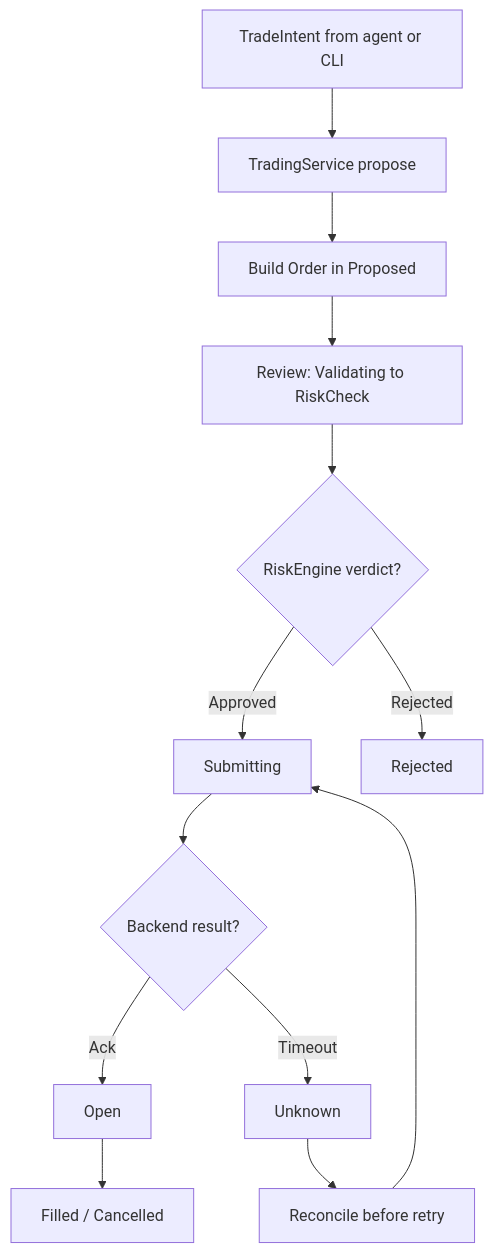
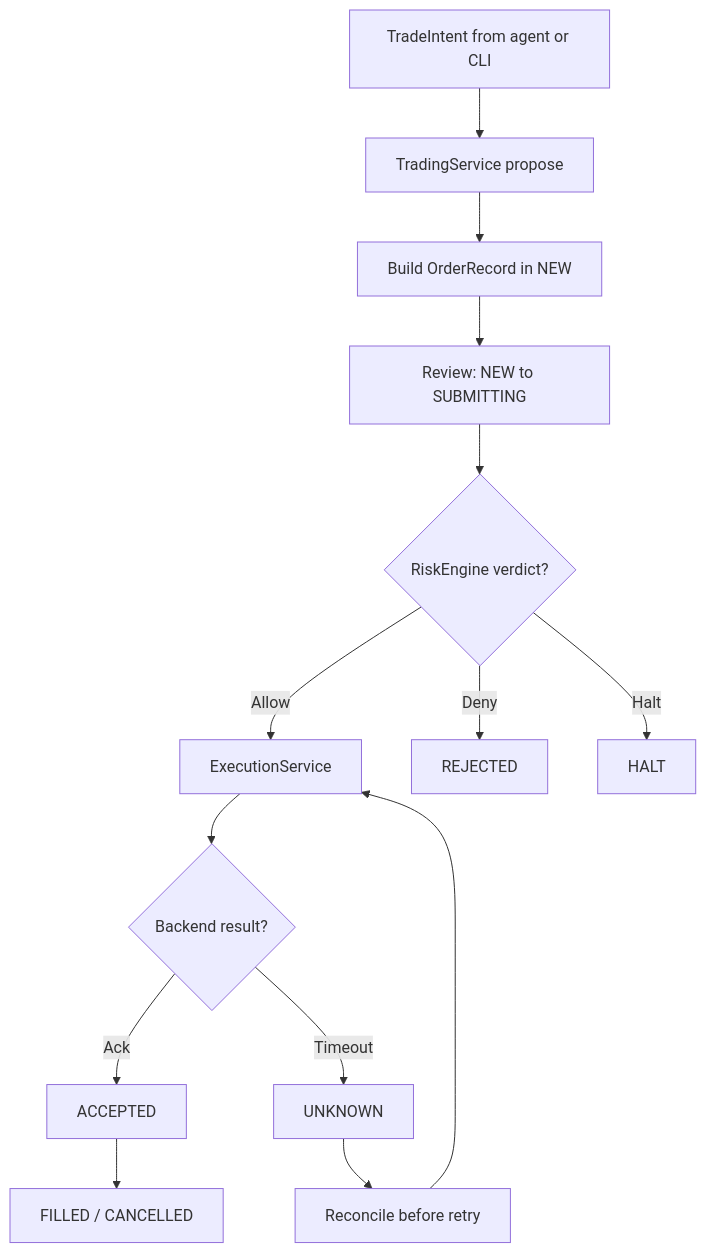
One commit to D1ZZY4/indodax-mcp changed the first of 2 diagrams in docs/architecture/execution.md. Above: the diagram before and after it, drawn with Mermaid. The commit also changed other lines of this file and 11 other files, not shown here.

First line of the commit message:
docs: refresh guides, diagrams, and references

````diff
--- a/docs/architecture/execution.md
+++ b/docs/architecture/execution.md
@@ -3,15 +3,16 @@
 ```mermaid
 flowchart TD
     Intent["TradeIntent from agent or CLI"] --> Propose["TradingService propose"]
-    Propose --> Order["Build Order in Proposed"]
-    Order --> Review["Review: Validating to RiskCheck"]
+    Propose --> Order["Build OrderRecord in NEW"]
+    Order --> Review["Review: NEW to SUBMITTING"]
     Review --> Risk{"RiskEngine verdict?"}
-    Risk -->|"Approved"| Submit["Submitting"]
-    Risk -->|"Rejected"| Rejected["Rejected"]
+    Risk -->|"Allow"| Submit["ExecutionService"]
+    Risk -->|"Deny"| Rejected["REJECTED"]
+    Risk -->|"Halt"| Halted["HALT"]
     Submit --> Backend{"Backend result?"}
-    Backend -->|"Ack"| Open["Open"]
-    Backend -->|"Timeout"| Unknown["Unknown"]
+    Backend -->|"Ack"| Open["ACCEPTED"]
+    Backend -->|"Timeout"| Unknown["UNKNOWN"]
     Unknown --> Recon["Reconcile before retry"]
     Recon --> Submit
-    Open --> Done["Filled / Cancelled"]
+    Open --> Done["FILLED / CANCELLED"]
 ```
````
